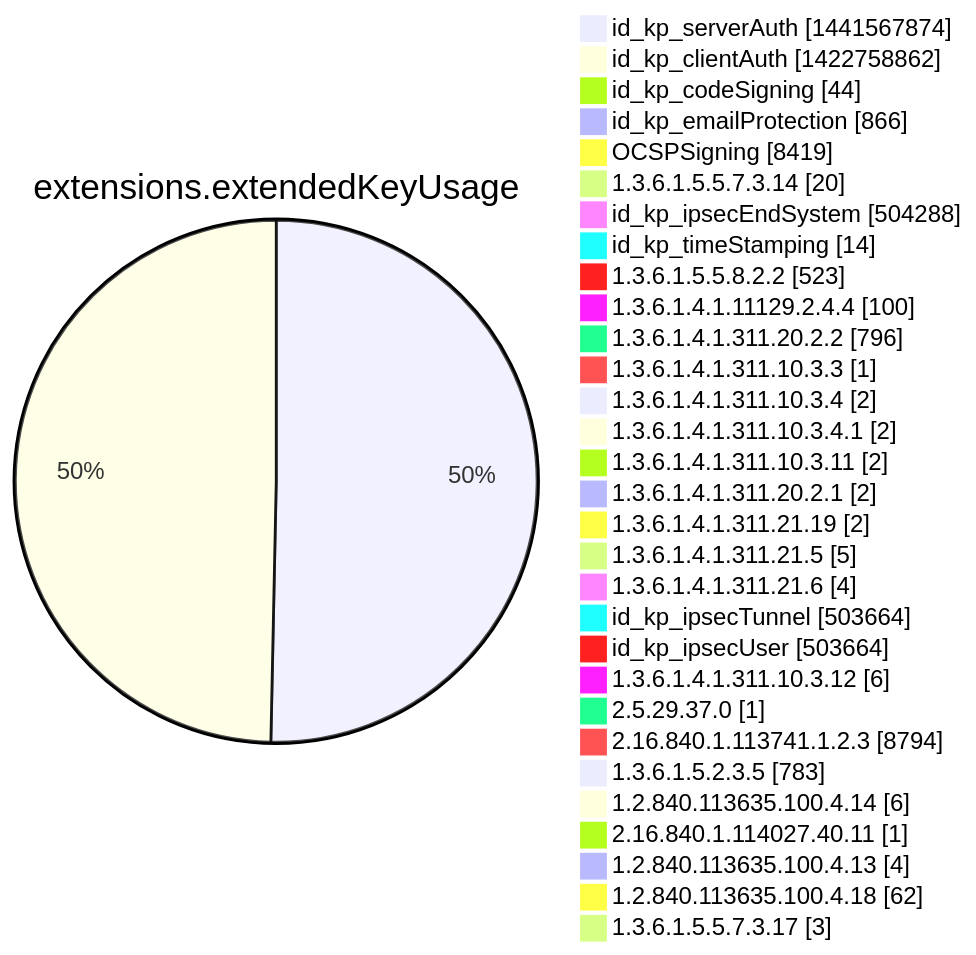
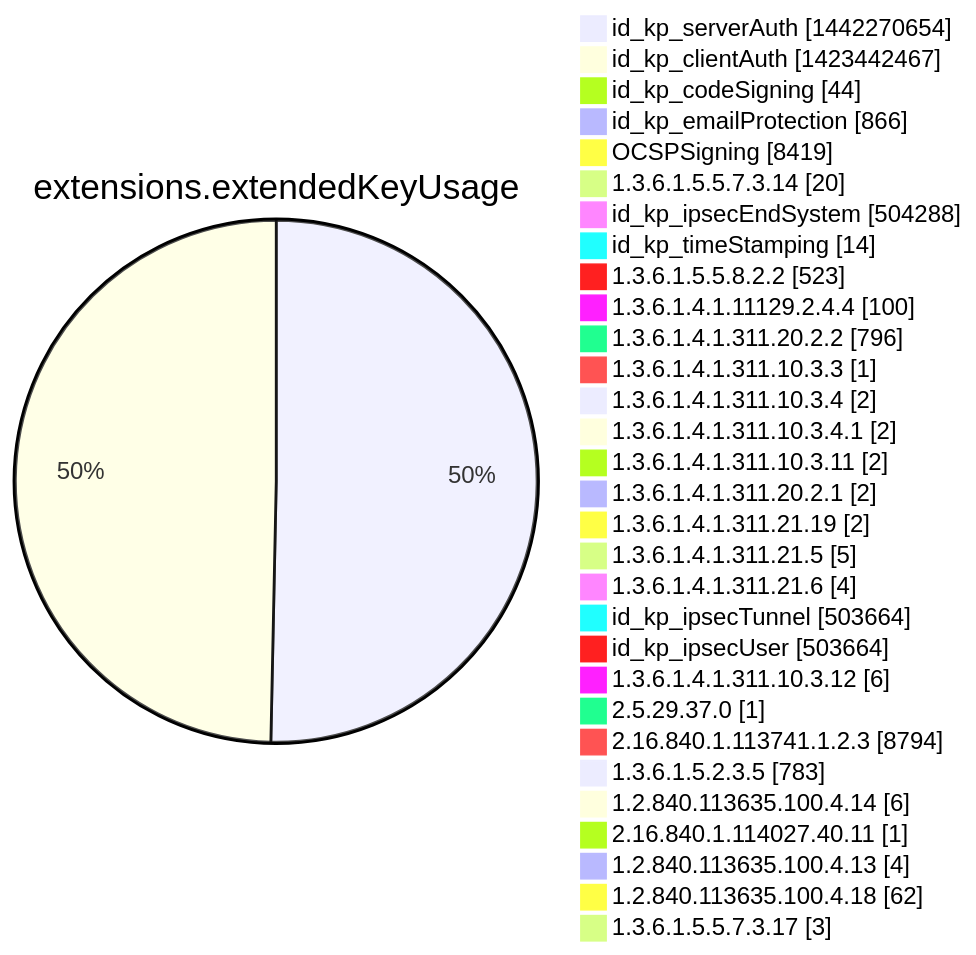
Diagram 12 of 15 in argon2022/README.md (christiankrug/ctmonitor_visualization), drawn with Mermaid before and after one commit. The commit also changed other lines of this file, not shown here.

````diff
--- a/argon2022/README.md
+++ b/argon2022/README.md
@@ -3555,34 +3555,34 @@
 ```mermaid
 pie showData
 title extensions.extendedKeyUsage
-"id_kp_serverAuth" :1441567874
-"id_kp_clientAuth" :1422758862
+"id_kp_serverAuth" :1442270654
+"id_kp_clientAuth" :1423442467
 "id_kp_codeSigning" :44
 "id_kp_emailProtection" :866
 "OCSPSigning" :8419
 "1.3.6.1.5.5.7.3.14" :20
 "id_kp_ipsecEndSystem" :504288
 "id_kp_timeStamping" :14
 "1.3.6.1.5.5.8.2.2" :523
 "1.3.6.1.4.1.11129.2.4.4" :100
 "1.3.6.1.4.1.311.20.2.2" :796
 "1.3.6.1.4.1.311.10.3.3" :1
 "1.3.6.1.4.1.311.10.3.4" :2
 "1.3.6.1.4.1.311.10.3.4.1" :2
 "1.3.6.1.4.1.311.10.3.11" :2
 "1.3.6.1.4.1.311.20.2.1" :2
 "1.3.6.1.4.1.311.21.19" :2
 "1.3.6.1.4.1.311.21.5" :5
 "1.3.6.1.4.1.311.21.6" :4
 "id_kp_ipsecTunnel" :503664
 "id_kp_ipsecUser" :503664
 "1.3.6.1.4.1.311.10.3.12" :6
 "2.5.29.37.0" :1
 "2.16.840.1.113741.1.2.3" :8794
 "1.3.6.1.5.2.3.5" :783
 "1.2.840.113635.100.4.14" :6
 "2.16.840.1.114027.40.11" :1
 "1.2.840.113635.100.4.13" :4
 "1.2.840.113635.100.4.18" :62
 "1.3.6.1.5.5.7.3.17" :3
 ```
````
